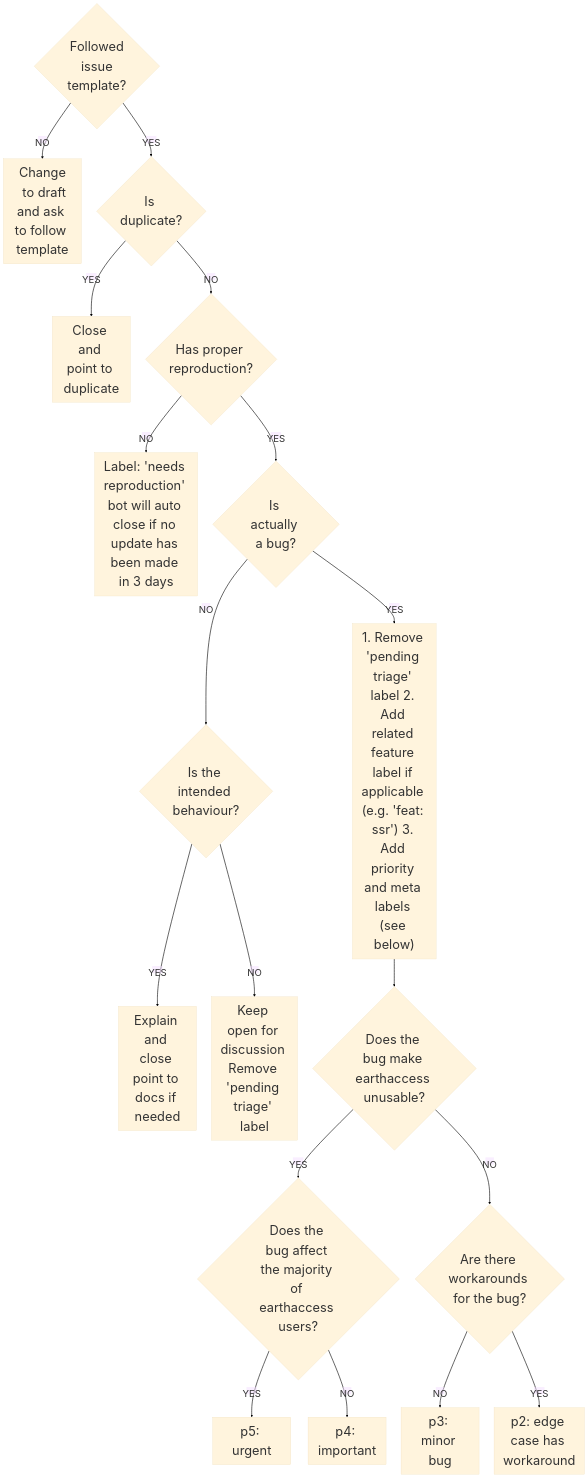
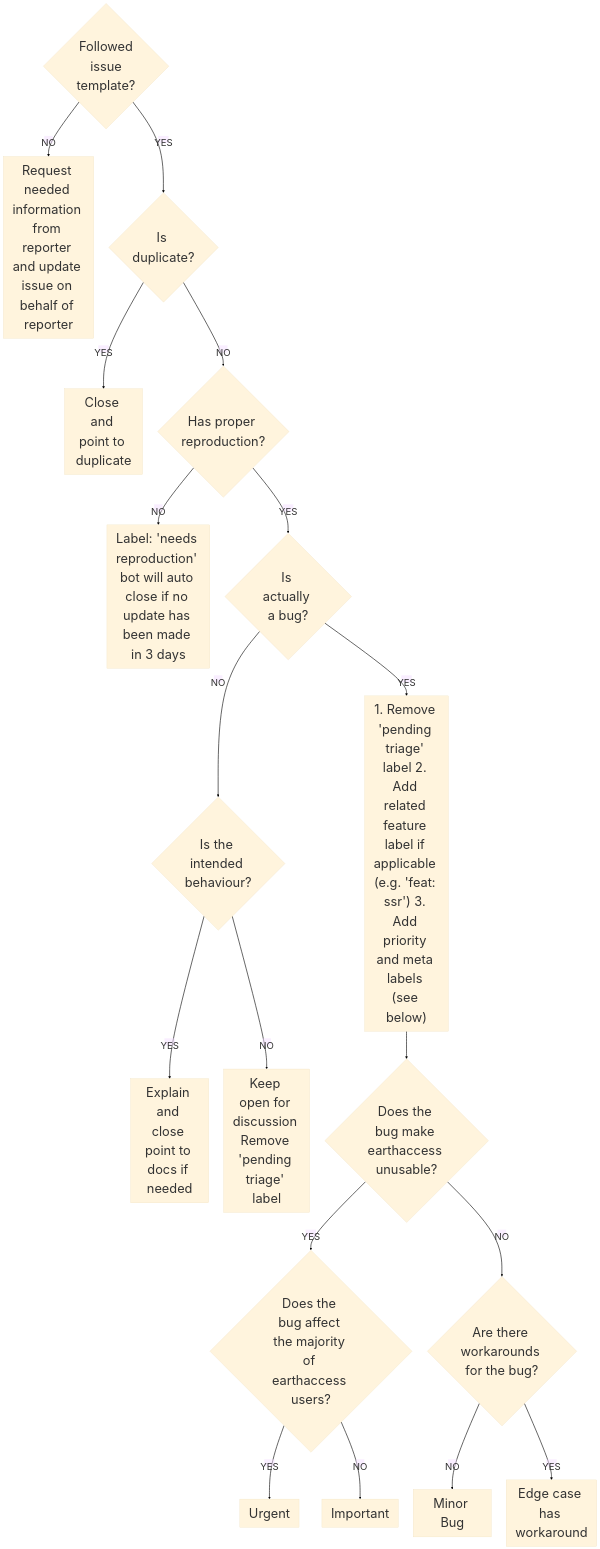
The diagram in docs/contributing/triaging.md (nsidc/earthaccess), drawn with Mermaid (base theme) before and after one commit.

Commit message:
Changed langauge for the issues that do not follow a template

````diff
--- a/docs/contributing/triaging.md
+++ b/docs/contributing/triaging.md
@@ -114,31 +114,30 @@
 ``` mermaid
 
 flowchart TD
   %%{init: {"flowchart": {"htmlLabels": false}} }%%
   classDef default font-size:32pt;
   start{"`Followed
   issue
   template?`"}
-  start ==NO==> close1[Change
-  to draft and ask to follow template]
+  start ==NO==> close1[Request needed information from reporter and update issue on behalf of reporter]
   start == YES ==> dupe{Is duplicate?}
   dupe == YES ==> close2[Close and point to duplicate]
   dupe == NO ==> repro{Has proper reproduction?}
   repro == NO ==> close3[Label: 'needs reproduction' bot will auto close if no update has been made in 3 days]
   repro == YES ==> real{Is actually a bug?}
   real == NO ==> intended{Is the intended behaviour?}
   intended == YES ==> explain[Explain and close point to docs if needed]
   intended == NO ==> open[Keep open for discussion Remove 'pending triage' label]
   real == YES ==> real2["1. Remove 'pending triage' label 2. Add related feature label if applicable (e.g. 'feat: ssr') 3. Add priority and meta labels (see below)"]
   real2 ==> unusable{Does the bug make earthaccess unusable?}
   unusable == YES ==> maj{Does the bug affect the majority of earthaccess users?}
-  maj == YES ==> p5[p5: urgent]
-  maj == NO ==> p4[p4: important]
+  maj == YES ==> close4[Urgent]
+  maj == NO ==>  close5[Important]
   unusable == NO ==> workarounds{Are there workarounds for the bug?}
-  workarounds == NO ==> p3[p3: minor bug]
-  workarounds == YES ==> p2[p2: edge case has workaround]
+  workarounds == NO ==>  close6[Minor Bug]
+  workarounds == YES ==> close7[Edge case has workaround]
 
   %% Link Color %%
     linkStyle default stroke:black,stroke-width:2px,font-size:24pt;
 
 ```
````
